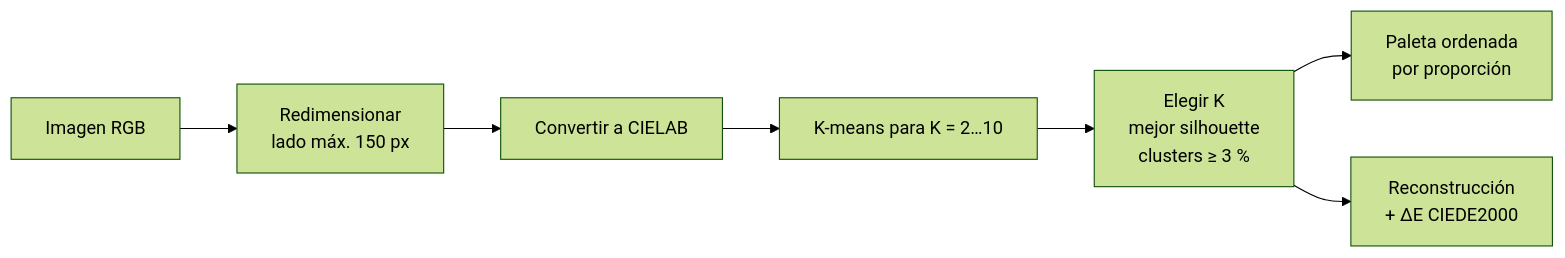
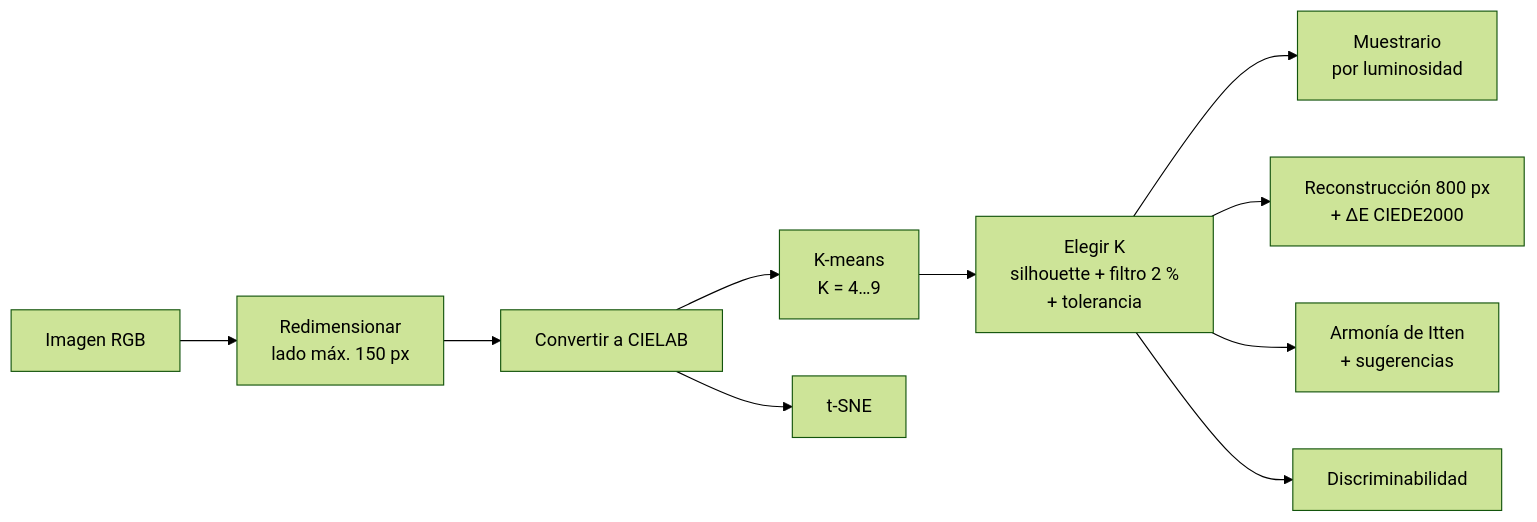
One commit to johnnyargote123/artwork-color-palette-kmeans changed the diagram in README.md. Above: the diagram before and after it, drawn with Mermaid (forest theme). The commit also changed other lines of this file, not shown here.

````diff
--- a/README.md
+++ b/README.md
@@ -13,9 +26,12 @@
 ```mermaid
 flowchart LR
     A[Imagen RGB] --> B["Redimensionar<br/>lado máx. 150 px"]
     B --> C["Convertir a CIELAB"]
-    C --> D["K-means para K = 2…10"]
-    D --> E["Elegir K<br/>mejor silhouette<br/>clusters ≥ 3 %"]
-    E --> F["Paleta ordenada<br/>por proporción"]
-    E --> G["Reconstrucción<br/>+ ΔE CIEDE2000"]
+    C --> D["K-means<br/>K = 4…9"]
+    D --> E["Elegir K<br/>silhouette + filtro 2 %<br/>+ tolerancia"]
+    E --> F["Muestrario<br/>por luminosidad"]
+    E --> G["Reconstrucción 800 px<br/>+ ΔE CIEDE2000"]
+    E --> H["Armonía de Itten<br/>+ sugerencias"]
+    E --> I["Discriminabilidad"]
+    C --> J["t-SNE"]
 ```
````
